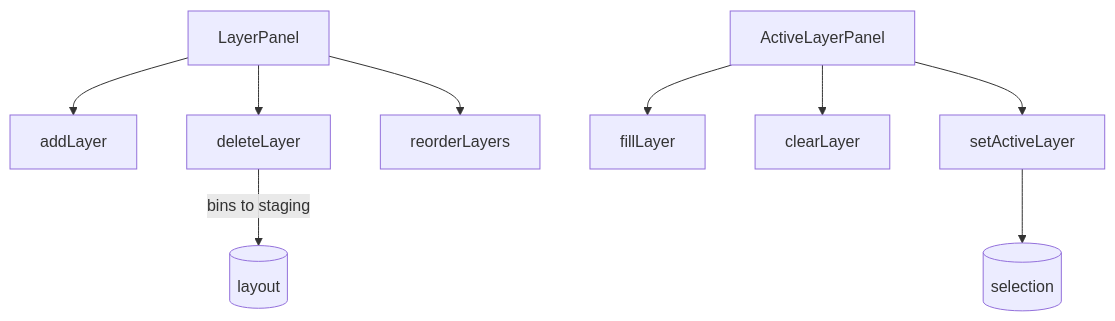
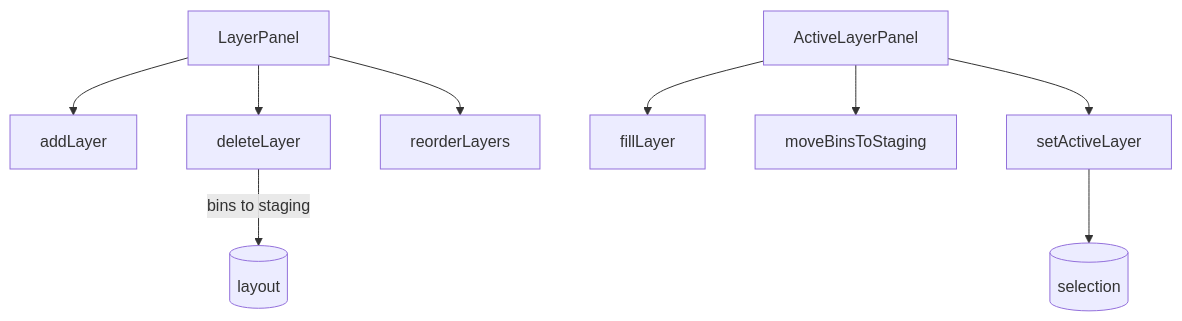
The diagram in src/features/layers/README.md (andymai/gridfinity-layout-tool), drawn with Mermaid before and after one commit. The commit also changed 46 other files, not shown here.

First line of the commit message:
fix(layers): move a cleared layer's bins to the stash (#4992)

````diff
--- a/src/features/layers/README.md
+++ b/src/features/layers/README.md
@@ -5,7 +5,7 @@
 ```mermaid
 graph TB
     LP[LayerPanel] --> AL[addLayer] & DL[deleteLayer] & RL[reorderLayers]
-    ALP[ActiveLayerPanel] --> FL[fillLayer] & CLR[clearLayer] & SAL[setActiveLayer]
+    ALP[ActiveLayerPanel] --> FL[fillLayer] & CLR[moveBinsToStaging] & SAL[setActiveLayer]
     SAL --> SEL[(selection)]
     DL -->|bins to staging| LAY[(layout)]
 ```
````
